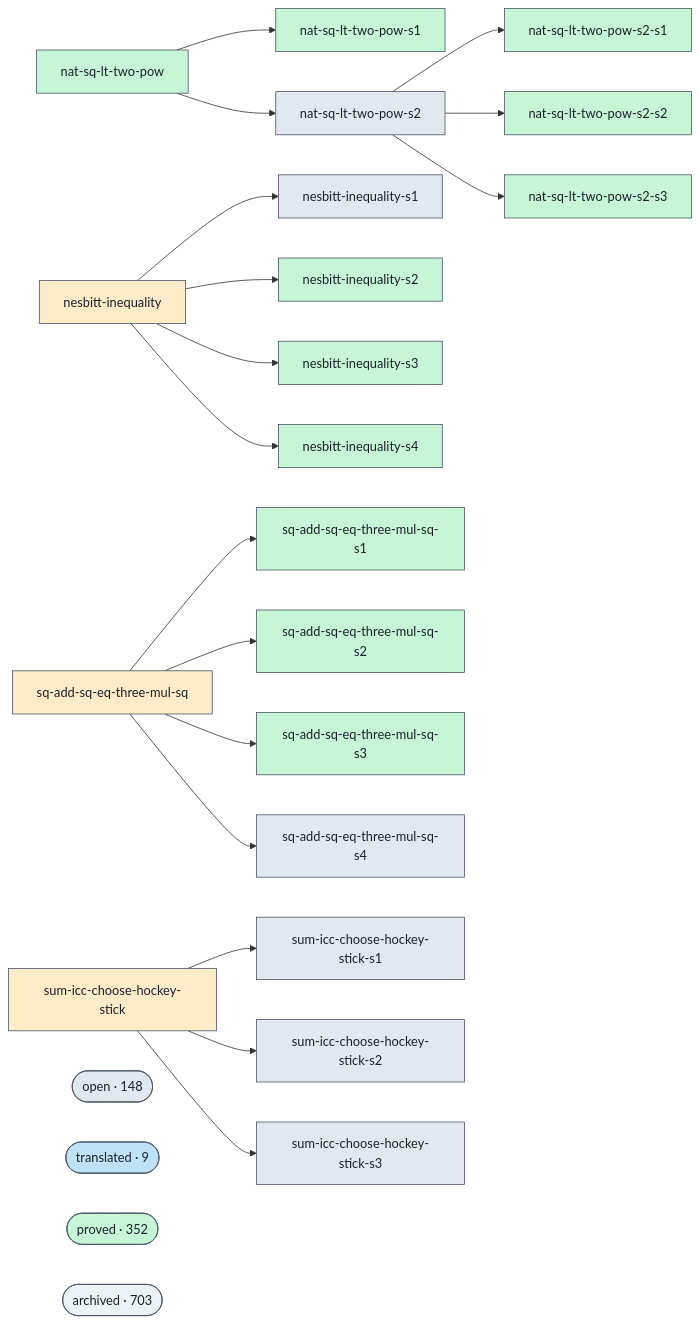
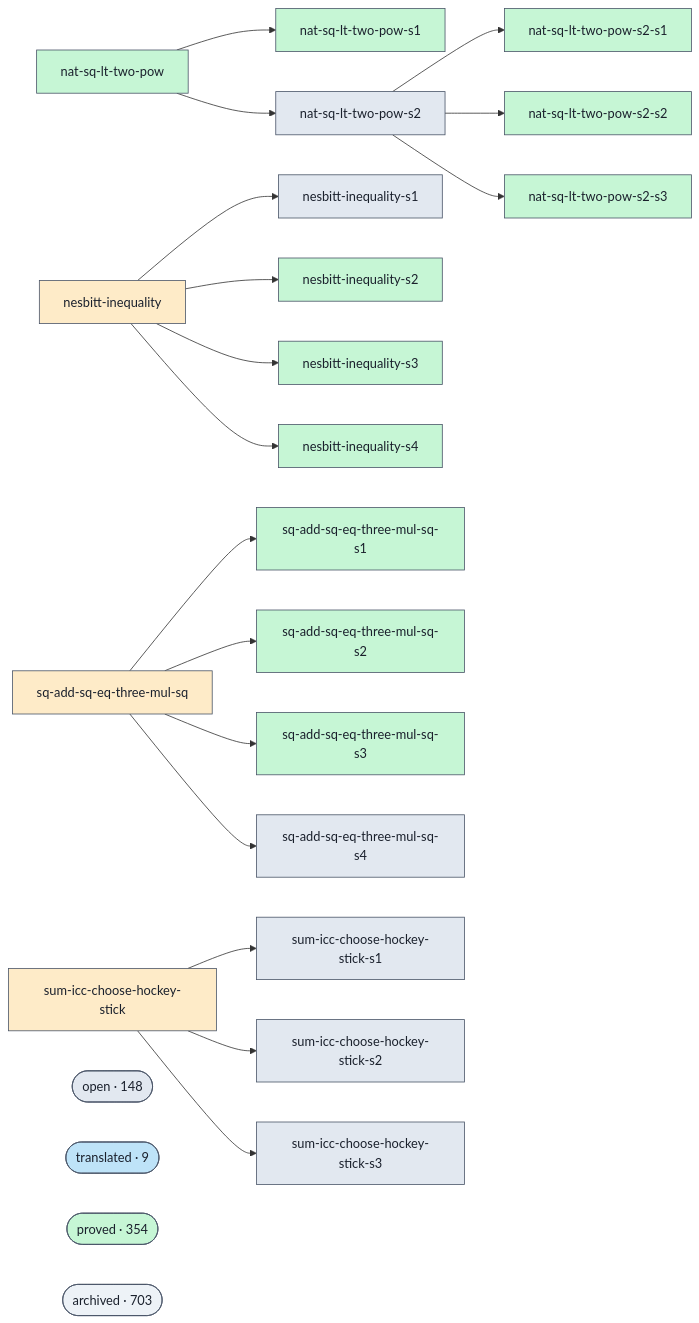
One commit to ohdearquant/unsorry changed the diagram in docs/proofs-contributors-visualisation.md. Above: the diagram before and after it, drawn with Mermaid. The commit also changed other lines of this file and 2 other files, not shown here.

```diff
--- a/docs/proofs-contributors-visualisation.md
+++ b/docs/proofs-contributors-visualisation.md
@@ -102,7 +102,7 @@
   class cluster_open open;
   cluster_translated(["translated · 9"])
   class cluster_translated translated;
-  cluster_proved(["proved · 352"])
+  cluster_proved(["proved · 354"])
   class cluster_proved proved;
   cluster_archived(["archived · 703"])
   class cluster_archived unknown;
```
